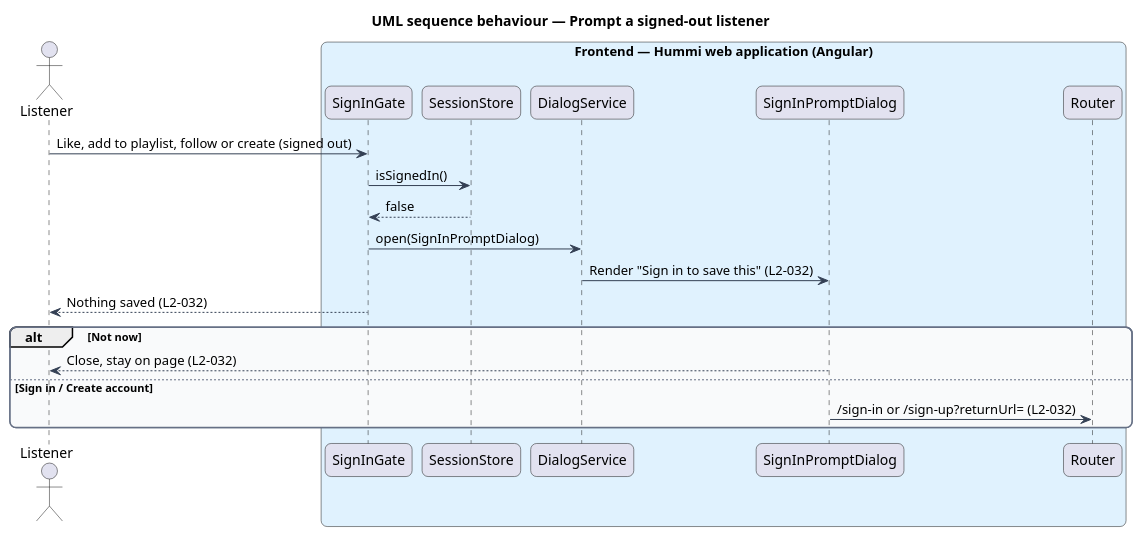
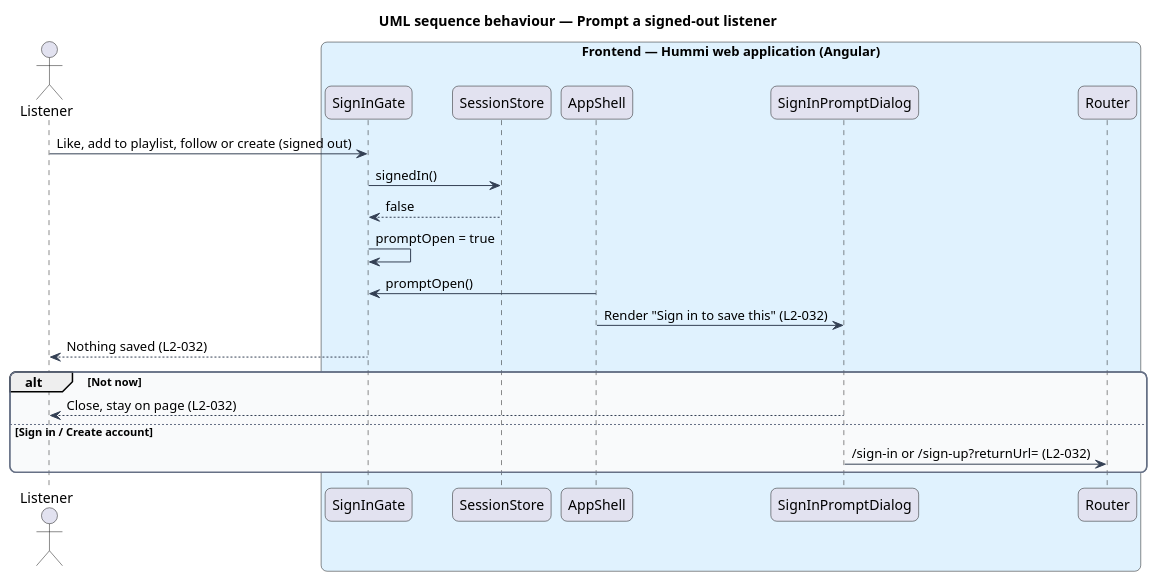
Before and after one commit to QuinntyneBrown/hummi: the diagram in docs/detailed-designs/accounts/prompt-sign-in/diagrams/sequence-prompt.puml, drawn with PlantUML. The commit also changed 206 other files, not shown here.

First line of the commit message:
Create an account and sign in: sign up, verify email, sign in, sign out and the sign-in prompt

```diff
--- a/docs/detailed-designs/accounts/prompt-sign-in/diagrams/sequence-prompt.puml
+++ b/docs/detailed-designs/accounts/prompt-sign-in/diagrams/sequence-prompt.puml
@@ -1,36 +1,37 @@
 @startuml
 title UML sequence behaviour — Prompt a signed-out listener
 skinparam backgroundColor #FFFFFF
 skinparam shadowing false
 skinparam roundcorner 12
 skinparam defaultFontName Arial
 skinparam ArrowColor #344054
 skinparam rectangle {
   BorderColor #344054
   FontColor #101828
 }
 skinparam package {
   BorderColor #667085
   FontColor #101828
   BackgroundColor #F9FAFB
 }
 actor "Listener" as u
 box "Frontend — Hummi web application (Angular)" #E0F2FE
   participant "SignInGate" as gate
   participant "SessionStore" as session
-  participant "DialogService" as dialogs
+  participant "AppShell" as dialogs
   participant "SignInPromptDialog" as dlg
   participant "Router" as router
 end box
 u -> gate : Like, add to playlist, follow or create (signed out)
-gate -> session : isSignedIn()
+gate -> session : signedIn()
 session --> gate : false
-gate -> dialogs : open(SignInPromptDialog)
+gate -> gate : promptOpen = true
+dialogs -> gate : promptOpen()
 dialogs -> dlg : Render "Sign in to save this" (L2-032)
 gate --> u : Nothing saved (L2-032)
 alt Not now
   dlg --> u : Close, stay on page (L2-032)
 else Sign in / Create account
   dlg -> router : /sign-in or /sign-up?returnUrl= (L2-032)
 end
 @enduml
```
